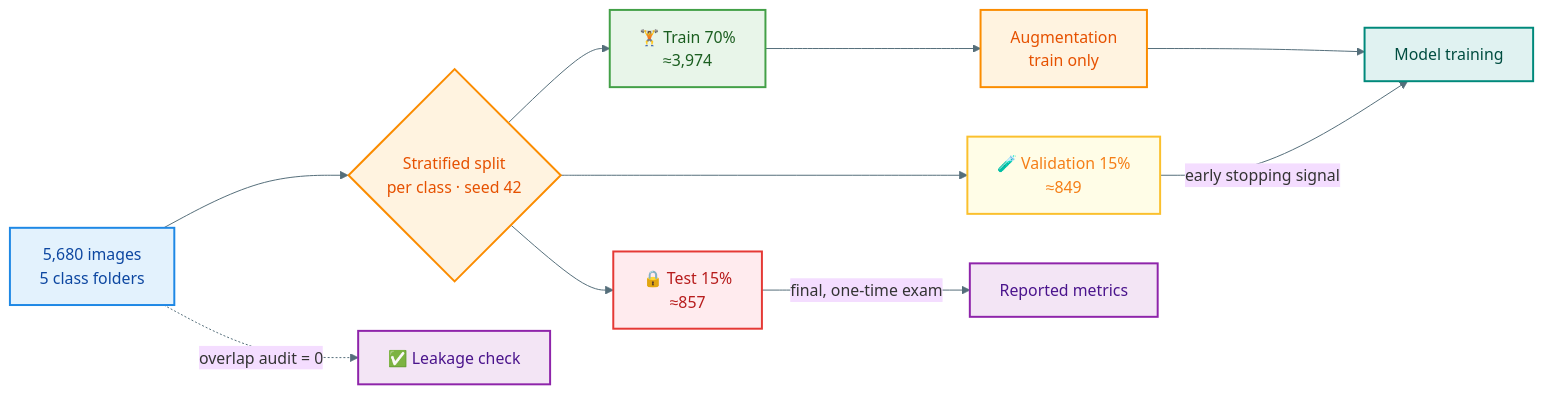
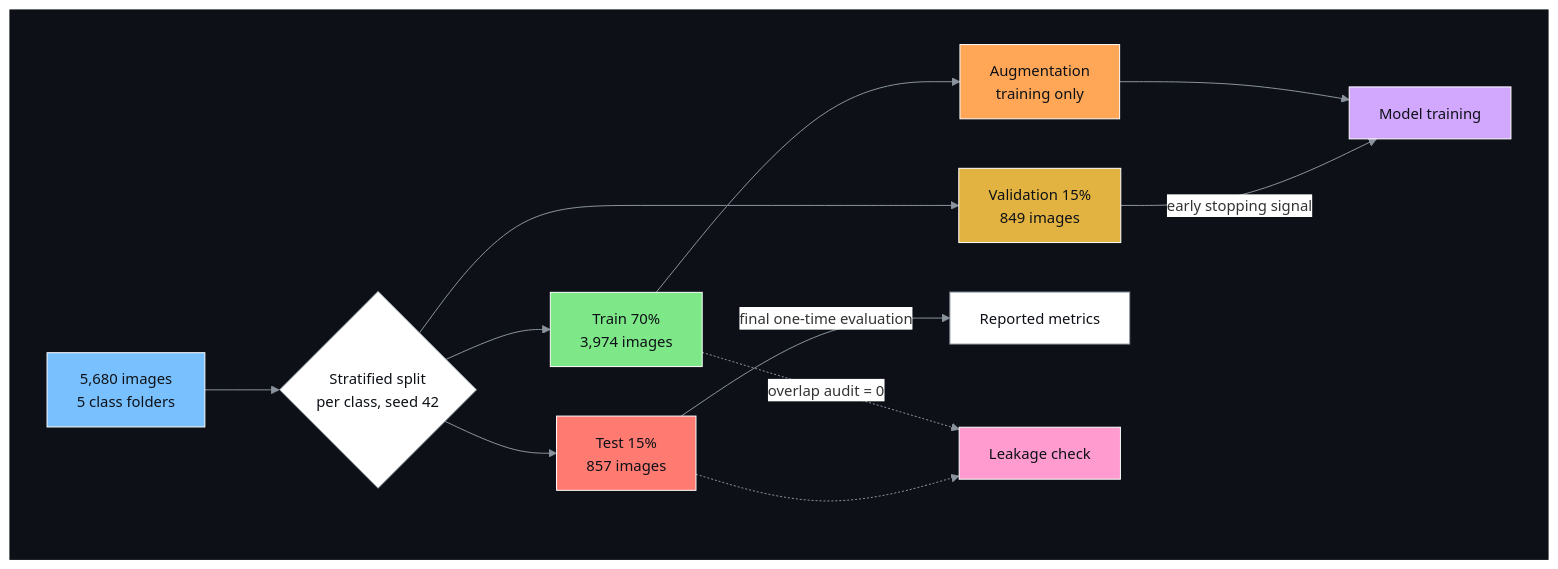
One commit to sidhantds/Waste-Classification changed the second of 6 diagrams in README.md. Above: the diagram before and after it, drawn with Mermaid. The commit also changed other lines of this file, not shown here.

````diff
--- a/README.md
+++ b/README.md
@@ -169,21 +223,28 @@
 ```mermaid
-%%{init: {'theme': 'base', 'themeVariables': {'background': '#ffffff', 'lineColor': '#546E7A', 'fontFamily': 'Arial'}}}%%
+%%{init: {'theme': 'base', 'themeVariables': {'background': '#0d1117', 'lineColor': '#8b949e', 'textColor': '#0d1117', 'edgeLabelBackground': '#ffffff', 'clusterBkg': '#161b22', 'clusterBorder': '#30363d', 'titleColor': '#e6edf3', 'fontFamily': 'Arial', 'fontSize': '15px'}}}%%
 flowchart LR
-    A["5,680 images<br/>5 class folders"]:::data --> S{"Stratified split<br/>per class · seed 42"}:::prep
-    S --> T["🏋️ Train 70%<br/>≈3,974"]:::train
-    S --> V["🧪 Validation 15%<br/>≈849"]:::val
-    S --> X["🔒 Test 15%<br/>≈857"]:::test
-    T --> AUG["Augmentation<br/>train only"]:::prep
-    AUG --> M["Model training"]:::model
-    V -->|"early stopping signal"| M
-    X -->|"final, one-time exam"| R["Reported metrics"]:::eval
-    A -.->|"overlap audit = 0"| CHK["✅ Leakage check"]:::eval
+    subgraph BG[" "]
+        direction LR
+        A["5,680 images<br/>5 class folders"]:::blue --> S{"Stratified split<br/>per class, seed 42"}:::white
+        S --> T["Train 70%<br/>3,974 images"]:::green
+        S --> V["Validation 15%<br/>849 images"]:::yellow
+        S --> X["Test 15%<br/>857 images"]:::red
+        T --> AUG["Augmentation<br/>training only"]:::orange
+        AUG --> M["Model training"]:::purple
+        V -->|early stopping signal| M
+        X -->|final one-time evaluation| R["Reported metrics"]:::white
+        T -.->|overlap audit = 0| CHK["Leakage check"]:::pink
+        X -.-> CHK
+    end
 
-    classDef data fill:#E3F2FD,stroke:#1E88E5,stroke-width:2px,color:#0D47A1
-    classDef prep fill:#FFF3E0,stroke:#FB8C00,stroke-width:2px,color:#E65100
-    classDef train fill:#E8F5E9,stroke:#43A047,stroke-width:2px,color:#1B5E20
-    classDef val fill:#FFFDE7,stroke:#FBC02D,stroke-width:2px,color:#F57F17
-    classDef test fill:#FFEBEE,stroke:#E53935,stroke-width:2px,color:#B71C1C
-    classDef model fill:#E0F2F1,stroke:#00897B,stroke-width:2px,color:#004D40
-    classDef eval fill:#F3E5F5,stroke:#8E24AA,stroke-width:2px,color:#4A148C
+    classDef blue fill:#79c0ff,stroke:#ffffff,stroke-width:1px,color:#0d1117
+    classDef orange fill:#ffa657,stroke:#ffffff,stroke-width:1px,color:#0d1117
+    classDef green fill:#7ee787,stroke:#ffffff,stroke-width:1px,color:#0d1117
+    classDef yellow fill:#e3b341,stroke:#ffffff,stroke-width:1px,color:#0d1117
+    classDef red fill:#ff7b72,stroke:#ffffff,stroke-width:1px,color:#0d1117
+    classDef purple fill:#d2a8ff,stroke:#ffffff,stroke-width:1px,color:#0d1117
+    classDef pink fill:#ff9bce,stroke:#ffffff,stroke-width:1px,color:#0d1117
+    classDef white fill:#ffffff,stroke:#8b949e,stroke-width:1px,color:#0d1117
+
+    style BG fill:#0d1117,stroke:#0d1117
 ```
````
